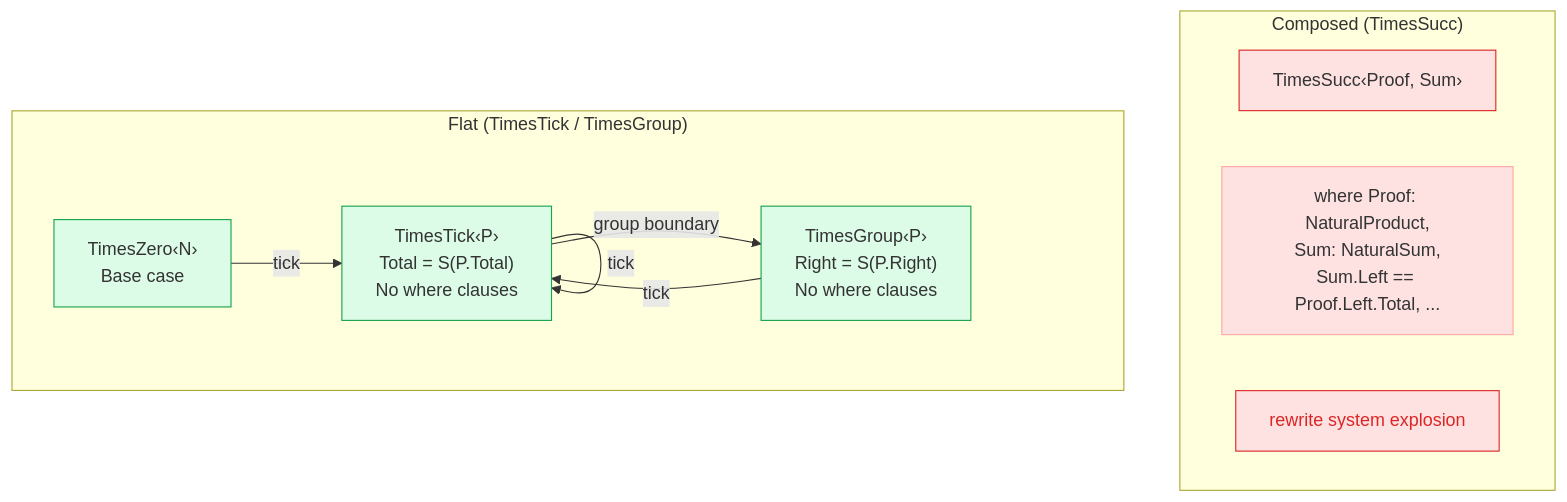
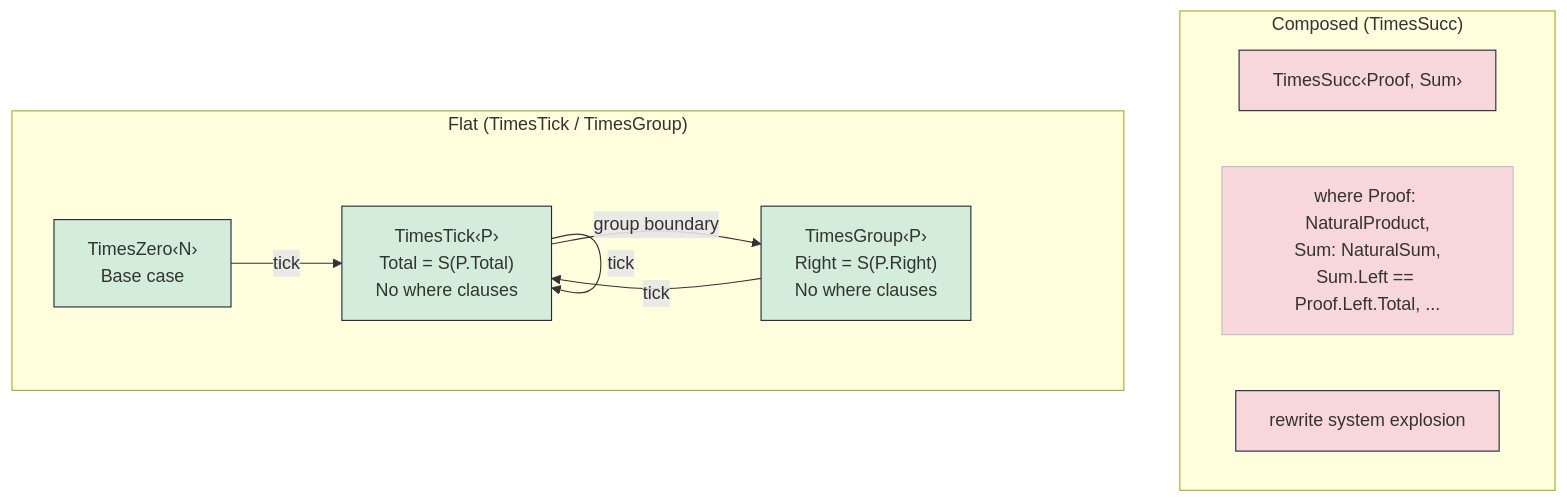
The diagram in tutorial/diagrams/flat-vs-composed.mmd (jakebromberg/misuse-of-notation), drawn with Mermaid before and after one commit. The commit also changed 11 other files, not shown here.

Commit message:
Style diagrams to match reference: drop shadows, white fills, dark strokes

```diff
--- a/tutorial/diagrams/flat-vs-composed.mmd
+++ b/tutorial/diagrams/flat-vs-composed.mmd
@@ -1,24 +1,24 @@
 flowchart TB
     subgraph Composed ["Composed (TimesSucc)"]
         TS["TimesSucc‹Proof, Sum›"]
         TSNote["where Proof: NaturalProduct,\nSum: NaturalSum,\nSum.Left == Proof.Left.Total, ..."]
         TSWarn["rewrite system explosion"]
     end
 
     subgraph Flat ["Flat (TimesTick / TimesGroup)"]
         TZ["TimesZero‹N›\nBase case"]
         TT["TimesTick‹P›\nTotal = S(P.Total)\nNo where clauses"]
         TG["TimesGroup‹P›\nRight = S(P.Right)\nNo where clauses"]
     end
 
     TZ -- "tick" --> TT
     TT -- "tick" --> TT
     TT -- "group boundary" --> TG
     TG -- "tick" --> TT
 
-    style TS fill:#fee2e2,stroke:#dc2626
-    style TSNote fill:#fee2e2,stroke:#fca5a5
-    style TSWarn fill:#fee2e2,stroke:#dc2626,color:#dc2626
-    style TZ fill:#dcfce7,stroke:#16a34a
-    style TT fill:#dcfce7,stroke:#16a34a
-    style TG fill:#dcfce7,stroke:#16a34a
+    style TS fill:#f8d7da,stroke:#28253D
+    style TSNote fill:#f8d7da,stroke:#BDBCCC
+    style TSWarn fill:#f8d7da,stroke:#28253D
+    style TZ fill:#d4edda,stroke:#28253D
+    style TT fill:#d4edda,stroke:#28253D
+    style TG fill:#d4edda,stroke:#28253D
```
